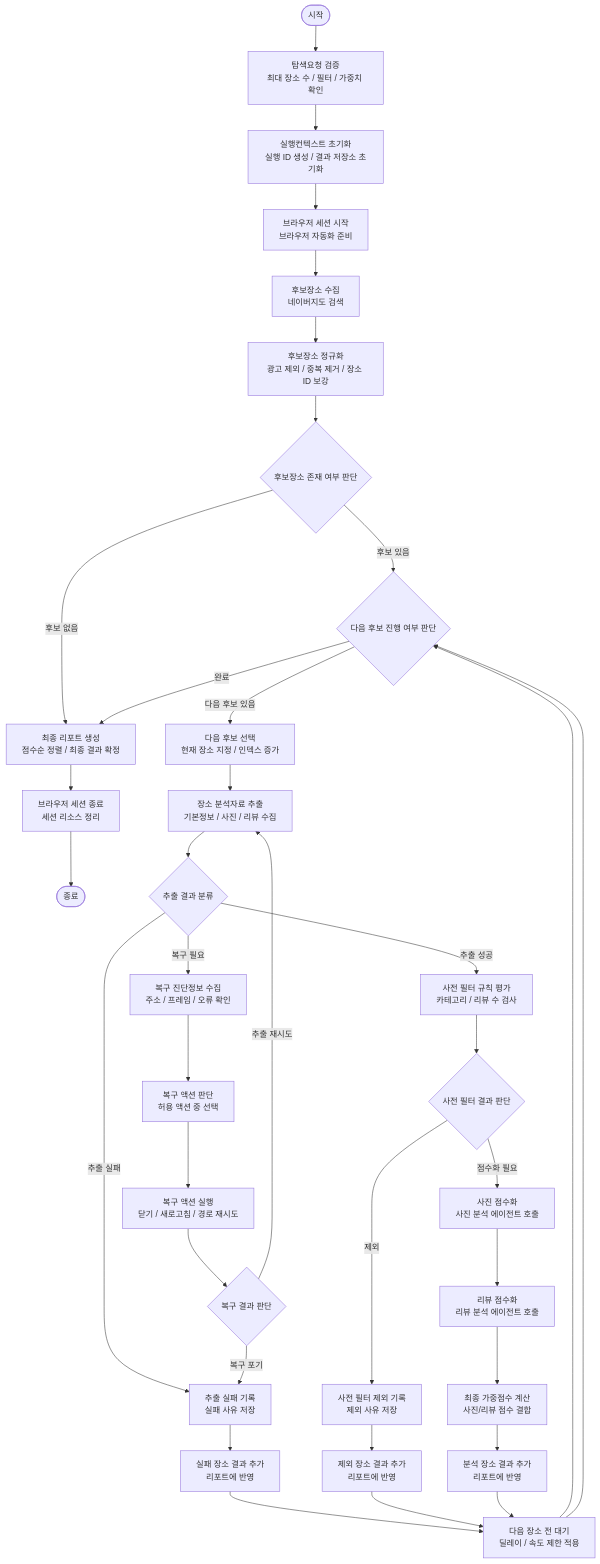
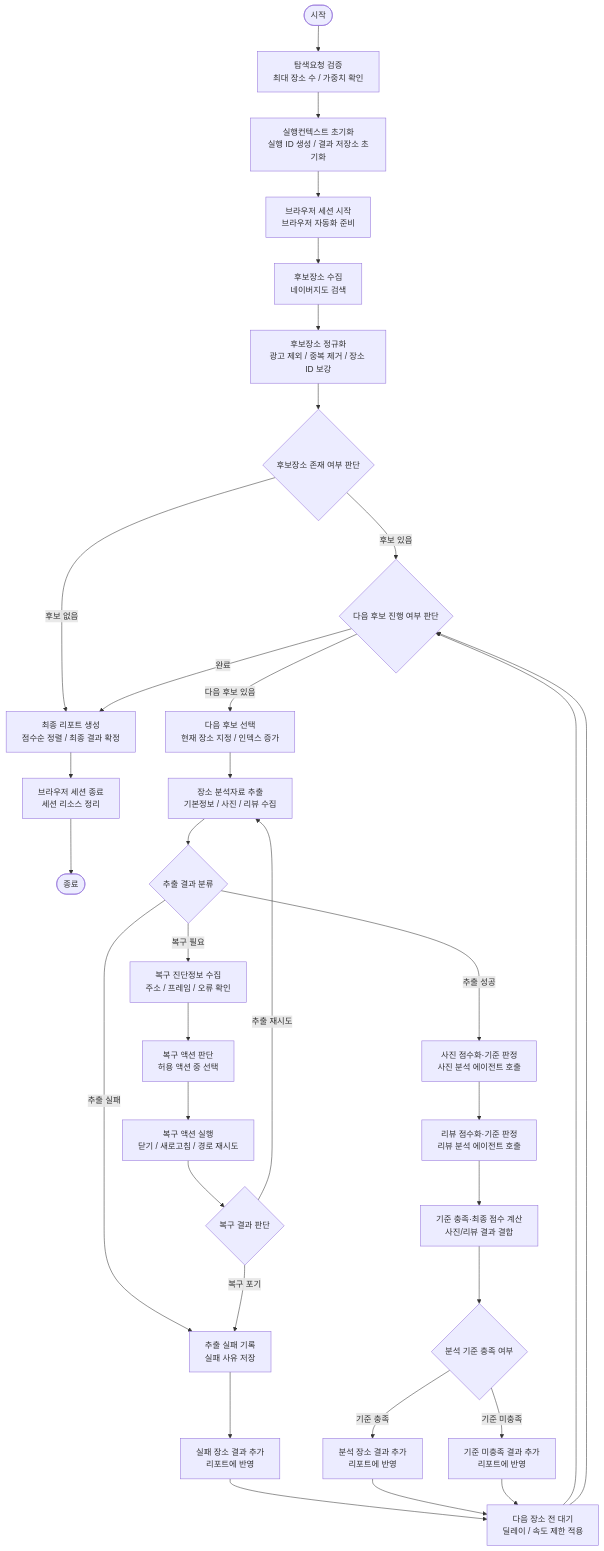
The diagram in docs/superpowers/specs/2026-07-12-langgraph-agent-core-design.md (whynot-uw-lab/datespot-agent), drawn with Mermaid before and after one commit. The commit also changed other lines of this file and 6 other files, not shown here.

````diff
--- a/docs/superpowers/specs/2026-07-12-langgraph-agent-core-design.md
+++ b/docs/superpowers/specs/2026-07-12-langgraph-agent-core-design.md
@@ -30,62 +30,59 @@
 ```mermaid
 flowchart TD
     START([시작])
     END([종료])
 
-    validate["탐색요청 검증<br/>최대 장소 수 / 필터 / 가중치 확인"]
+    validate["탐색요청 검증<br/>최대 장소 수 / 가중치 확인"]
     init["실행컨텍스트 초기화<br/>실행 ID 생성 / 결과 저장소 초기화"]
     openBrowser["브라우저 세션 시작<br/>브라우저 자동화 준비"]
 
     search["후보장소 수집<br/>네이버지도 검색"]
     normalize["후보장소 정규화<br/>광고 제외 / 중복 제거 / 장소 ID 보강"]
     routeSearch{"후보장소 존재 여부 판단"}
 
     select["다음 후보 선택<br/>현재 장소 지정 / 인덱스 증가"]
     extract["장소 분석자료 추출<br/>기본정보 / 사진 / 리뷰 수집"]
     routeExtract{"추출 결과 분류"}
 
     buildRecovery["복구 진단정보 수집<br/>주소 / 프레임 / 오류 확인"]
     recoverAgent["복구 액션 판단<br/>허용 액션 중 선택"]
     applyRecovery["복구 액션 실행<br/>닫기 / 새로고침 / 경로 재시도"]
     routeRecovery{"복구 결과 판단"}
 
     recordFailure["추출 실패 기록<br/>실패 사유 저장"]
     appendFailed["실패 장소 결과 추가<br/>리포트에 반영"]
 
-    preFilter["사전 필터 규칙 평가<br/>카테고리 / 리뷰 수 검사"]
-    routeFilter{"사전 필터 결과 판단"}
-    recordExcluded["사전 필터 제외 기록<br/>제외 사유 저장"]
-    appendExcluded["제외 장소 결과 추가<br/>리포트에 반영"]
-
-    analyzePhotos["사진 점수화<br/>사진 분석 에이전트 호출"]
-    analyzeReviews["리뷰 점수화<br/>리뷰 분석 에이전트 호출"]
-    calculate["최종 가중점수 계산<br/>사진/리뷰 점수 결합"]
+    analyzePhotos["사진 점수화·기준 판정<br/>사진 분석 에이전트 호출"]
+    analyzeReviews["리뷰 점수화·기준 판정<br/>리뷰 분석 에이전트 호출"]
+    calculate["기준 충족·최종 점수 계산<br/>사진/리뷰 결과 결합"]
+    routeMatch{"분석 기준 충족 여부"}
     appendAnalyzed["분석 장소 결과 추가<br/>리포트에 반영"]
+    appendNotMatched["기준 미충족 결과 추가<br/>리포트에 반영"]
 
     throttle["다음 장소 전 대기<br/>딜레이 / 속도 제한 적용"]
     routeLoop{"다음 후보 진행 여부 판단"}
 
     finalize["최종 리포트 생성<br/>점수순 정렬 / 최종 결과 확정"]
     closeBrowser["브라우저 세션 종료<br/>세션 리소스 정리"]
 
     START --> validate --> init --> openBrowser --> search --> normalize --> routeSearch
 
     routeSearch -- "후보 없음" --> finalize
     routeSearch -- "후보 있음" --> routeLoop
 
     routeLoop -- "다음 후보 있음" --> select --> extract --> routeExtract
     routeLoop -- "완료" --> finalize
 
-    routeExtract -- "추출 성공" --> preFilter --> routeFilter
+    routeExtract -- "추출 성공" --> analyzePhotos --> analyzeReviews --> calculate --> routeMatch
     routeExtract -- "복구 필요" --> buildRecovery --> recoverAgent --> applyRecovery --> routeRecovery
     routeExtract -- "추출 실패" --> recordFailure --> appendFailed --> throttle --> routeLoop
 
     routeRecovery -- "추출 재시도" --> extract
     routeRecovery -- "복구 포기" --> recordFailure
 
-    routeFilter -- "제외" --> recordExcluded --> appendExcluded --> throttle
-    routeFilter -- "점수화 필요" --> analyzePhotos --> analyzeReviews --> calculate --> appendAnalyzed --> throttle
+    routeMatch -- "기준 충족" --> appendAnalyzed --> throttle
+    routeMatch -- "기준 미충족" --> appendNotMatched --> throttle
 
     throttle --> routeLoop
     finalize --> closeBrowser --> END
 ```
````
